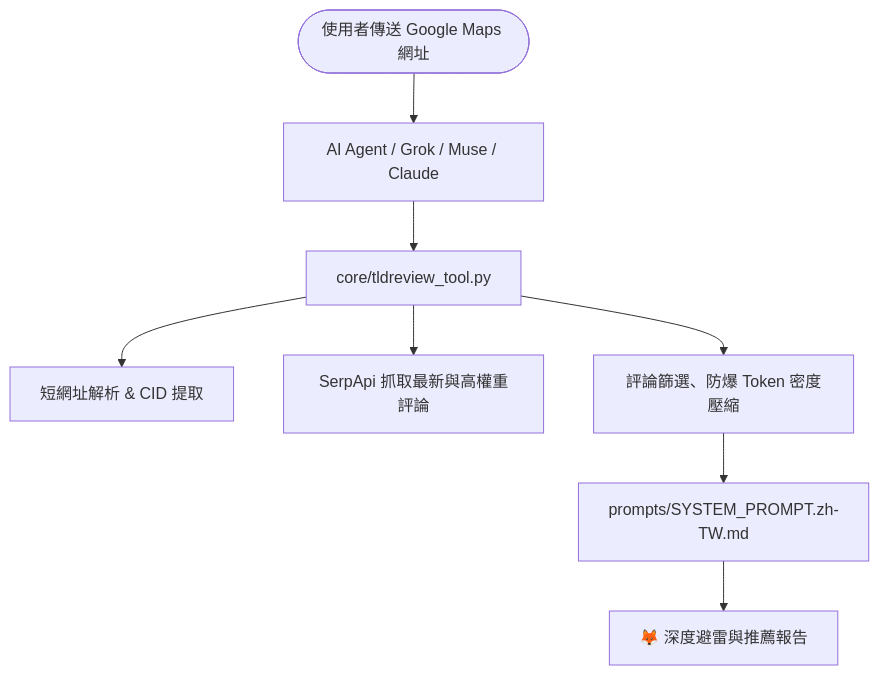
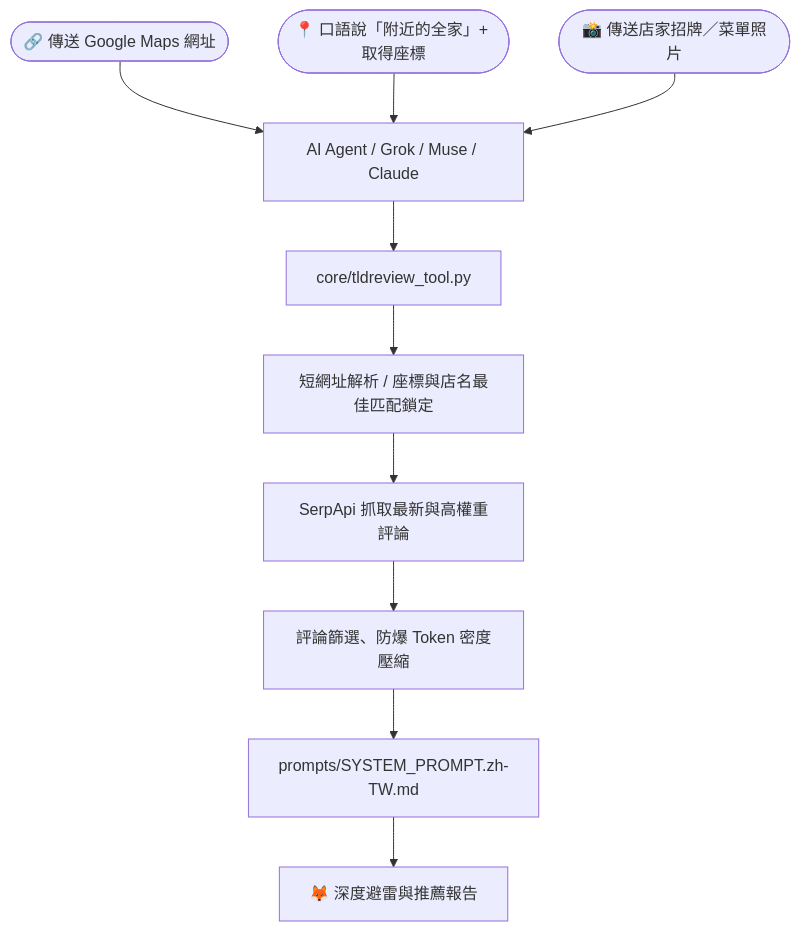
Before and after one commit to dryden/TLDReview: the diagram in README.zh-TW.md, drawn with Mermaid. The commit also changed other lines of this file and 17 other files, not shown here.

````diff
--- a/README.zh-TW.md
+++ b/README.zh-TW.md
@@ -99,10 +116,12 @@
 ```mermaid
 graph TD
-    User([使用者傳送 Google Maps 網址]) --> Agent[AI Agent / Grok / Muse / Claude]
+    U1([🔗 傳送 Google Maps 網址]) --> Agent[AI Agent / Grok / Muse / Claude]
+    U2([📍 口語說「附近的全家」+ 取得座標]) --> Agent
+    U3([📸 傳送店家招牌／菜單照片]) --> Agent
     Agent --> Core[core/tldreview_tool.py]
-    Core --> ShortURL[短網址解析 & CID 提取]
-    Core --> SerpApi[SerpApi 抓取最新與高權重評論]
-    Core --> Filter[評論篩選、防爆 Token 密度壓縮]
+    Core --> Resolve[短網址解析 / 座標與店名最佳匹配鎖定]
+    Resolve --> SerpApi[SerpApi 抓取最新與高權重評論]
+    SerpApi --> Filter[評論篩選、防爆 Token 密度壓縮]
     Filter --> Prompt[prompts/SYSTEM_PROMPT.zh-TW.md]
     Prompt --> Output[🦊 深度避雷與推薦報告]
 ```
````
